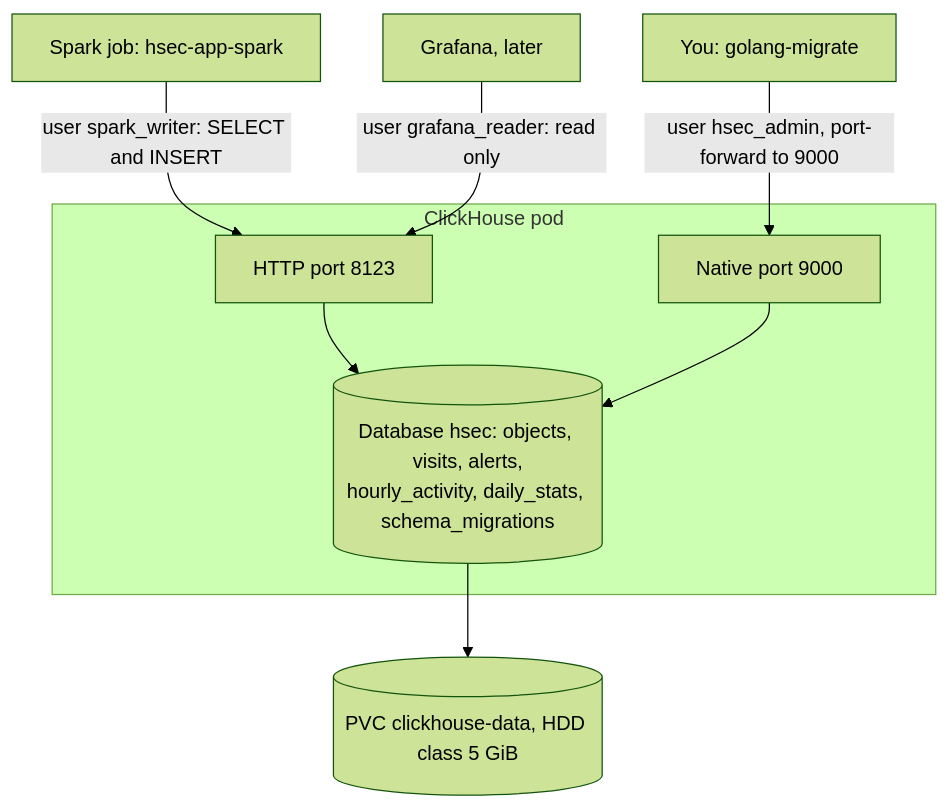
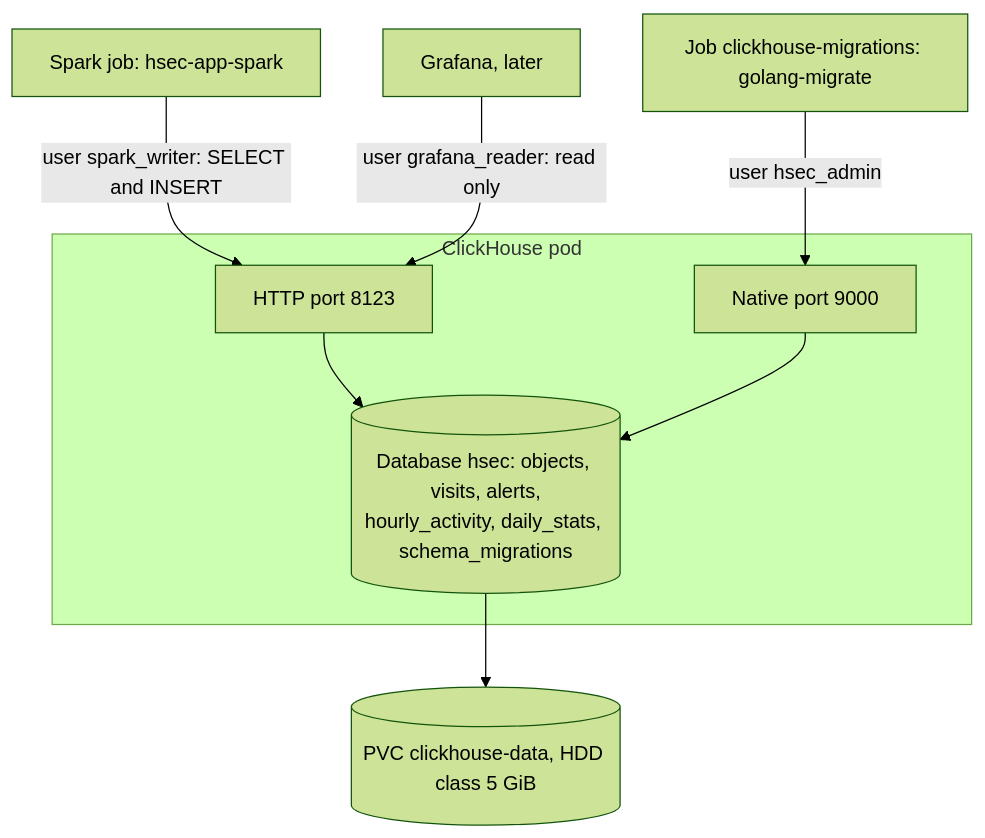
Before and after one commit to nglehuy/home-security: the second of 2 diagrams in hsec-db-clickhouse/README.md, drawn with Mermaid (forest theme). The commit also changed other lines of this file and 9 other files, not shown here.

````diff
--- a/hsec-db-clickhouse/README.md
+++ b/hsec-db-clickhouse/README.md
@@ -43,12 +43,12 @@
 ```mermaid
 flowchart TB
   SP["Spark job: hsec-app-spark"] -- "user spark_writer: SELECT and INSERT" --> HTTP
   GF["Grafana, later"] -- "user grafana_reader: read only" --> HTTP
-  YOU["You: golang-migrate"] -- "user hsec_admin, port-forward to 9000" --> NAT
+  MIG["Job clickhouse-migrations: golang-migrate"] -- "user hsec_admin" --> NAT
   subgraph CH["ClickHouse pod"]
     HTTP["HTTP port 8123"] --> DB
     NAT["Native port 9000"] --> DB
     DB[("Database hsec: objects, visits, alerts,<br/>hourly_activity, daily_stats, schema_migrations")]
   end
   DB --> DISK[("PVC clickhouse-data, HDD class 5 GiB")]
 ```
````
